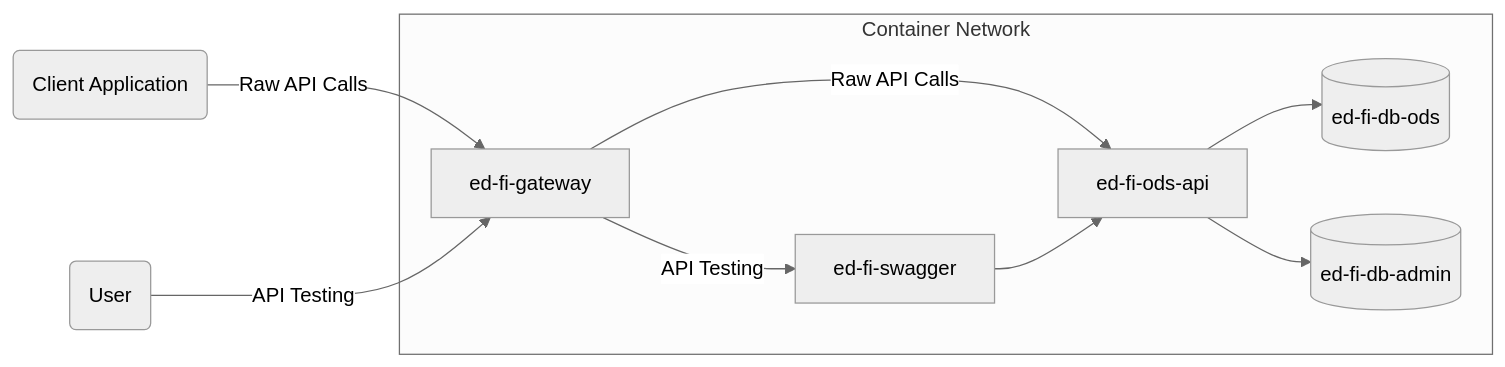
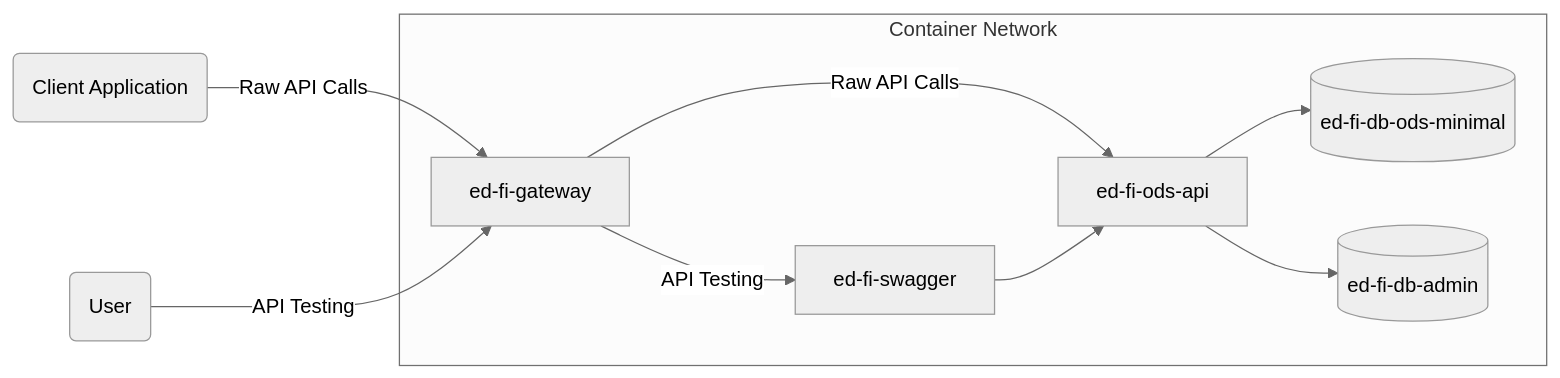
Before and after one commit to Ed-Fi-Alliance-OSS/Ed-Fi-ODS-Implementation: the first of 2 diagrams in docker/README.md, drawn with Mermaid (neutral theme). The commit also changed other lines of this file, not shown here.

Commit message:
Update doc for change to minimal / populated

````diff
--- a/docker/README.md
+++ b/docker/README.md
@@ -48,19 +61,19 @@
 ```mermaid
 flowchart LR
     A(Client Application) -->|Raw API Calls| B[ed-fi-gateway]
     B -->|Raw API Calls| C[ed-fi-ods-api]
-    C --> D[(ed-fi-db-ods)]
+    C --> D[(ed-fi-db-ods-minimal)]
     C --> E[(ed-fi-db-admin)]
 
     F(User) -->|API Testing| B
     B -->|API Testing| G[ed-fi-swagger]
     G --> C
 
     subgraph Container Network
         B
         C
         D
         E
         G
     end
 ```
````
